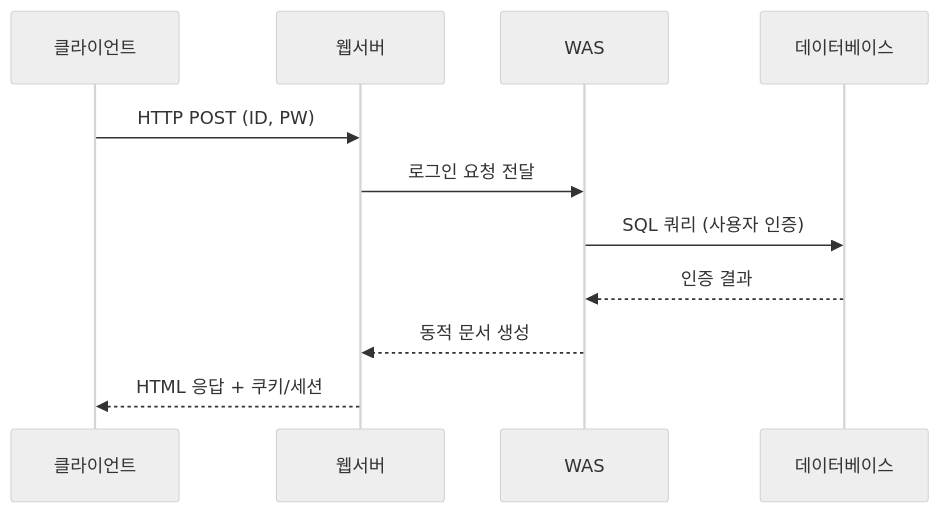
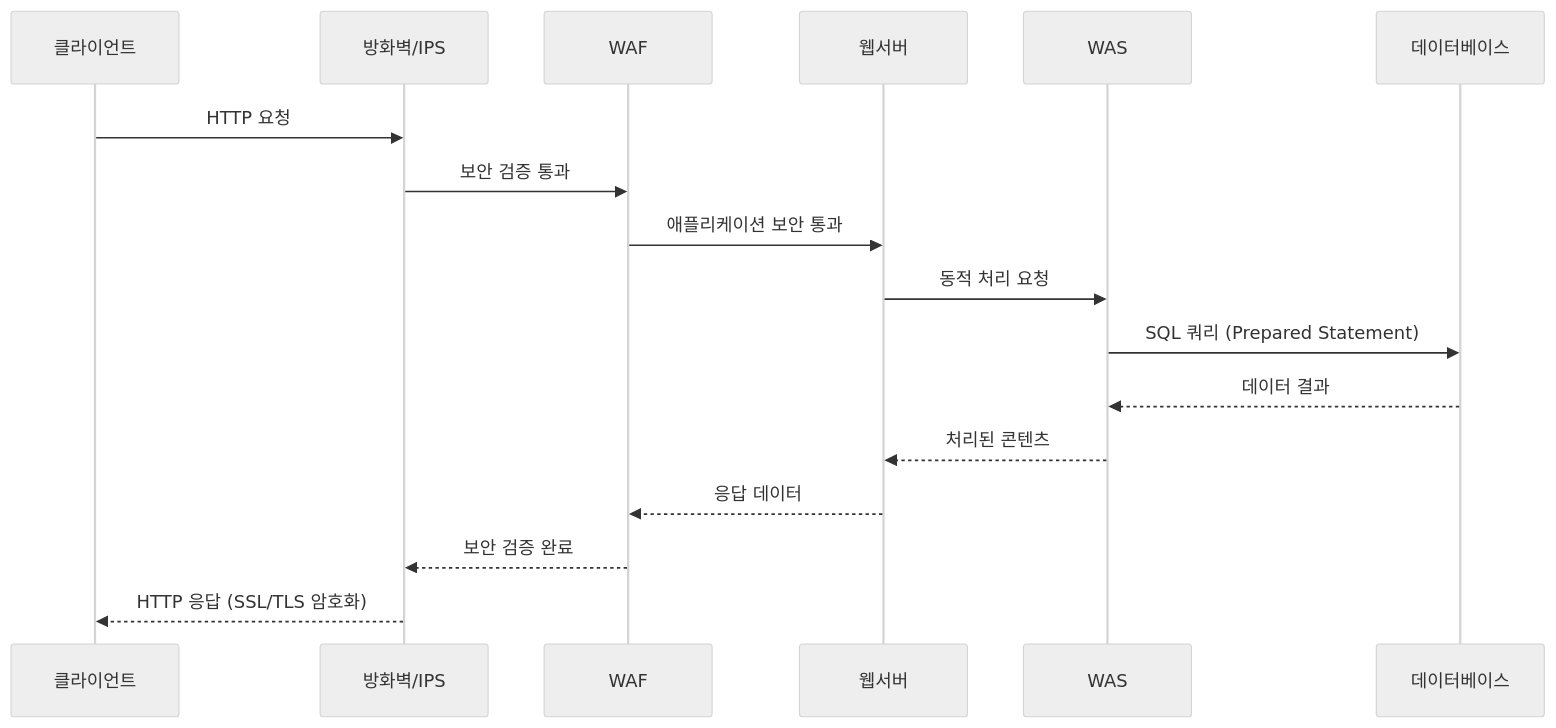
Before and after one commit to ZinnaChoi/CS-Study: the second of 2 diagrams in detail2/01) 웹 서비스 구조와 운영체제 기술.md, drawn with Mermaid (neutral theme). The commit also changed other lines of this file, not shown here.

````diff
--- a/detail2/01) 웹 서비스 구조와 운영체제 기술.md
+++ b/detail2/01) 웹 서비스 구조와 운영체제 기술.md
@@ -146,14 +83,20 @@
 ```mermaid
 sequenceDiagram
     participant Client as 클라이언트
-    participant WS as 웹서버
+    participant Firewall as 방화벽/IPS
+    participant WAF as WAF
+    participant WebServer as 웹서버
     participant WAS as WAS
     participant DB as 데이터베이스
 
-    Client->>WS: HTTP POST (ID, PW)
-    WS->>WAS: 로그인 요청 전달
-    WAS->>DB: SQL 쿼리 (사용자 인증)
-    DB-->>WAS: 인증 결과
-    WAS-->>WS: 동적 문서 생성
-    WS-->>Client: HTML 응답 + 쿠키/세션
+    Client->>Firewall: HTTP 요청
+    Firewall->>WAF: 보안 검증 통과
+    WAF->>WebServer: 애플리케이션 보안 통과
+    WebServer->>WAS: 동적 처리 요청
+    WAS->>DB: SQL 쿼리 (Prepared Statement)
+    DB-->>WAS: 데이터 결과
+    WAS-->>WebServer: 처리된 콘텐츠
+    WebServer-->>WAF: 응답 데이터
+    WAF-->>Firewall: 보안 검증 완료
+    Firewall-->>Client: HTTP 응답 (SSL/TLS 암호화)
 ```
````
